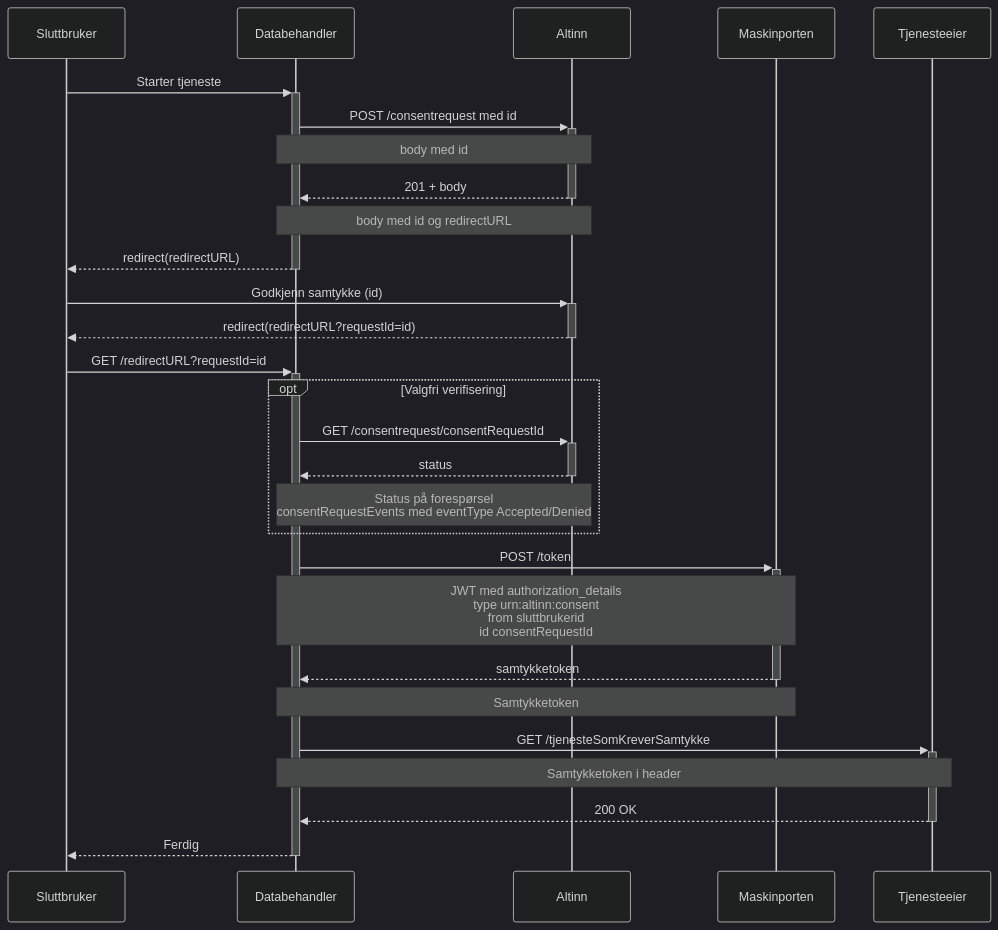
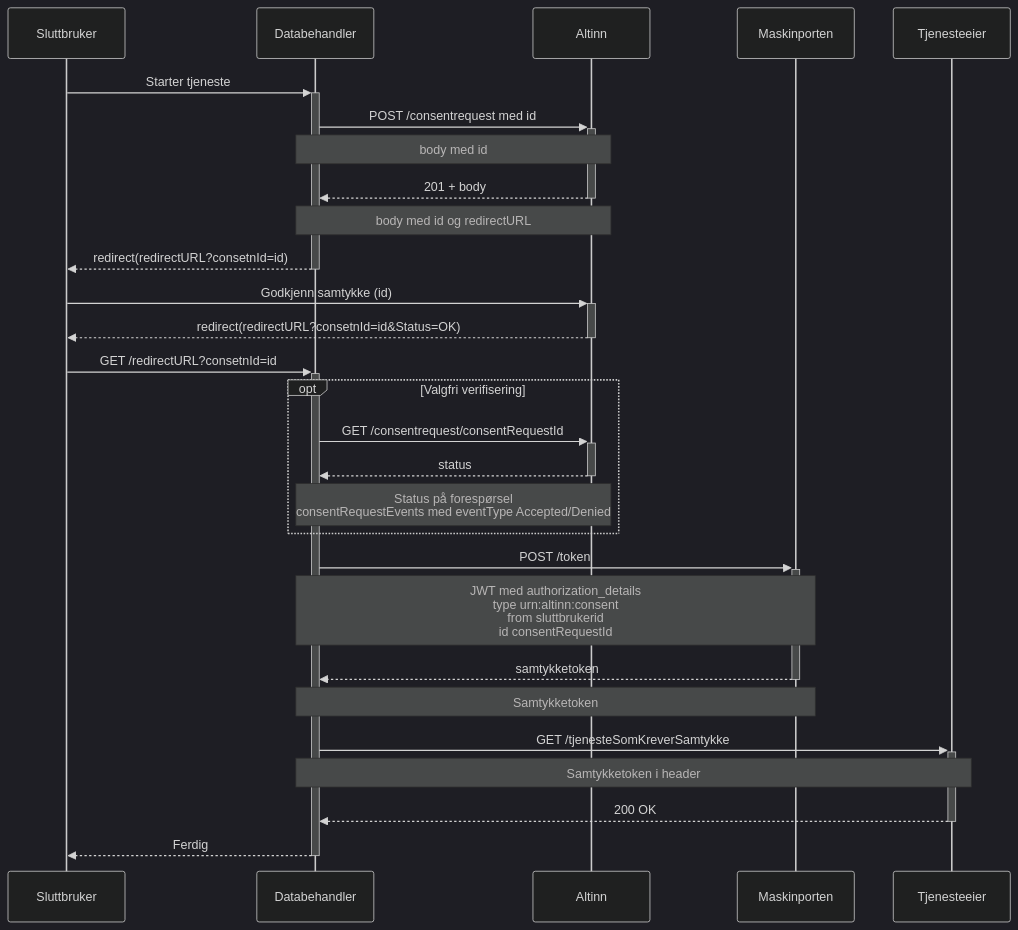
One commit to Altinn/altinn-studio-docs changed the diagram in content/authorization/guides/system-vendor/consent/_index.en.md. Above: the diagram before and after it, drawn with Mermaid (dark theme). The commit also changed other lines of this file and 3 other files, not shown here.

```diff
--- a/content/authorization/guides/system-vendor/consent/_index.en.md
+++ b/content/authorization/guides/system-vendor/consent/_index.en.md
@@ -18,31 +18,31 @@
 {{< mermaid >}}
 sequenceDiagram
 participant Sluttbruker
 participant Databehandler
 participant Altinn
 participant Maskinporten
 participant Tjenesteeier
 
 Sluttbruker->>+Databehandler: Starter tjeneste
 Databehandler->>+Altinn: POST /consentrequest med id
 Note over Databehandler,Altinn: body med id
 Altinn-->>-Databehandler: 201 + body
 Note over Altinn,Databehandler: body med id og redirectURL
-Databehandler-->>-Sluttbruker: redirect(redirectURL)
+Databehandler-->>-Sluttbruker: redirect(redirectURL?consetnId=id)
 Sluttbruker->>+Altinn: Godkjenn samtykke (id)
-Altinn-->>-Sluttbruker: redirect(redirectURL?requestId=id)
-Sluttbruker->>+Databehandler: GET /redirectURL?requestId=id
+Altinn-->>-Sluttbruker: redirect(redirectURL?consetnId=id&Status=OK)
+Sluttbruker->>+Databehandler: GET /redirectURL?consetnId=id
 opt Valgfri verifisering
 Databehandler->>+Altinn: GET /consentrequest/consentRequestId
 Altinn-->>-Databehandler: status
 Note over Altinn,Databehandler: Status på forespørsel <br/> consentRequestEvents med eventType Accepted/Denied
 end
 Databehandler->>+Maskinporten: POST /token
 Note over Databehandler,Maskinporten: JWT med authorization_details <br/> type urn:altinn:consent <br/> from sluttbrukerid <br/> id consentRequestId
 Maskinporten-->>-Databehandler: samtykketoken
 Note over Maskinporten,Databehandler: Samtykketoken
 Databehandler->>+Tjenesteeier: GET /tjenesteSomKreverSamtykke
 Note over Databehandler,Tjenesteeier: Samtykketoken i header
 Tjenesteeier-->>-Databehandler: 200 OK
 Databehandler-->>-Sluttbruker: Ferdig
 {{< /mermaid >}}
```
